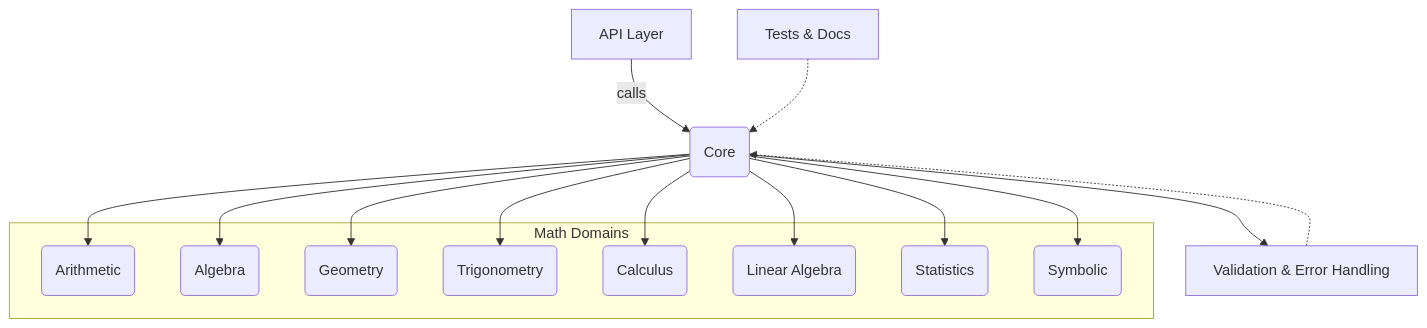
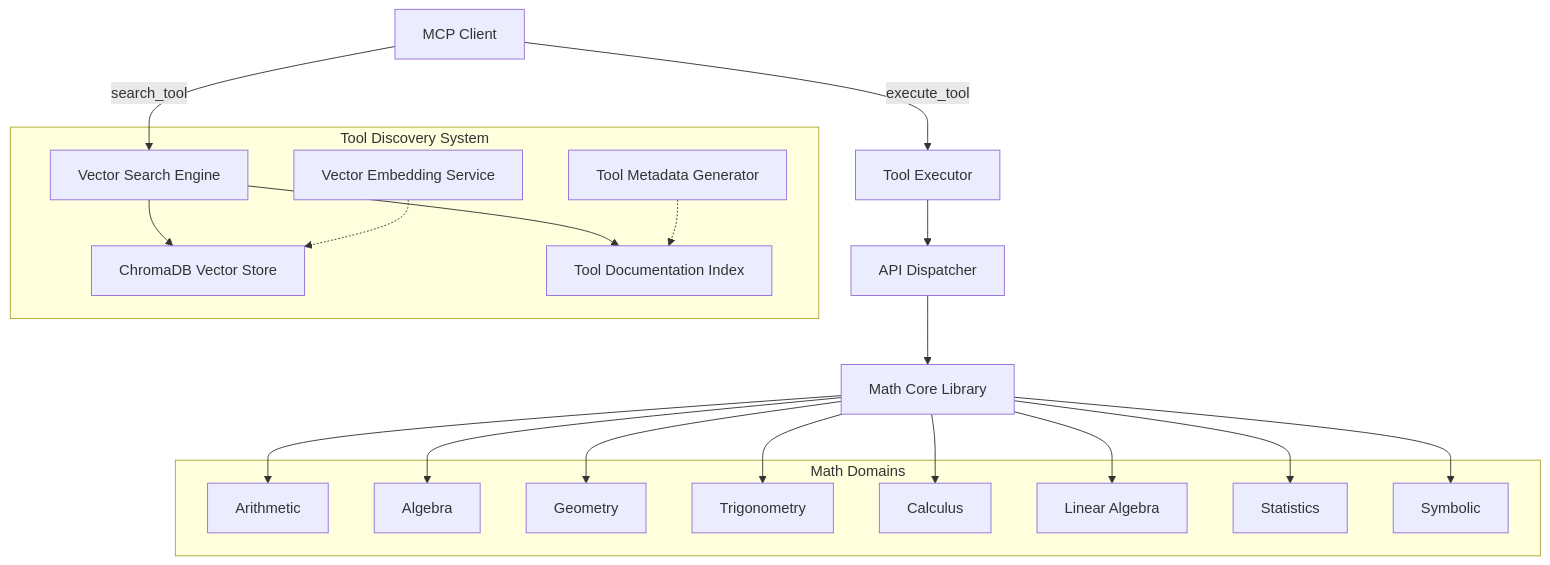
Before and after one commit to phanijapps/mathcp: the first of 2 diagrams in docs/ARCHITECTURE.md, drawn with Mermaid. The commit also changed other lines of this file and 174 other files, not shown here.

````diff
--- a/docs/ARCHITECTURE.md
+++ b/docs/ARCHITECTURE.md
@@ -9,25 +9,42 @@
 ```mermaid
 graph TD
-    A[API Layer] -->|calls| B(Core)
-    B --> C(Arithmetic)
-    B --> D(Algebra)
-    B --> E(Geometry)
-    B --> F(Trigonometry)
-    B --> G(Calculus)
-    B --> H(Linear Algebra)
-    B --> I(Statistics)
-    B --> J(Symbolic)
-    B --> K[Validation & Error Handling]
-    subgraph Math Domains
-        C
+    A[MCP Client] -->|search_tool| B[Vector Search Engine]
+    A -->|execute_tool| C[Tool Executor]
+    
+    B --> D[ChromaDB Vector Store]
+    B --> E[Tool Documentation Index]
+    C --> F[API Dispatcher]
+    
+    F --> G[Math Core Library]
+    
+    subgraph "Tool Discovery System"
+        B
         D
         E
-        F
-        G
-        H
-        I
-        J
+        H[Tool Metadata Generator]
+        I[Vector Embedding Service]
     end
-    K -.-> B
-    L[Tests & Docs] -.-> B
+    
+    subgraph "Math Domains"
+        J[Arithmetic]
+        K[Algebra] 
+        L[Geometry]
+        M[Trigonometry]
+        N[Calculus]
+        O[Linear Algebra]
+        P[Statistics]
+        Q[Symbolic]
+    end
+    
+    G --> J
+    G --> K
+    G --> L
+    G --> M
+    G --> N
+    G --> O
+    G --> P
+    G --> Q
+    
+    H -.-> E
+    I -.-> D
 ```
````
